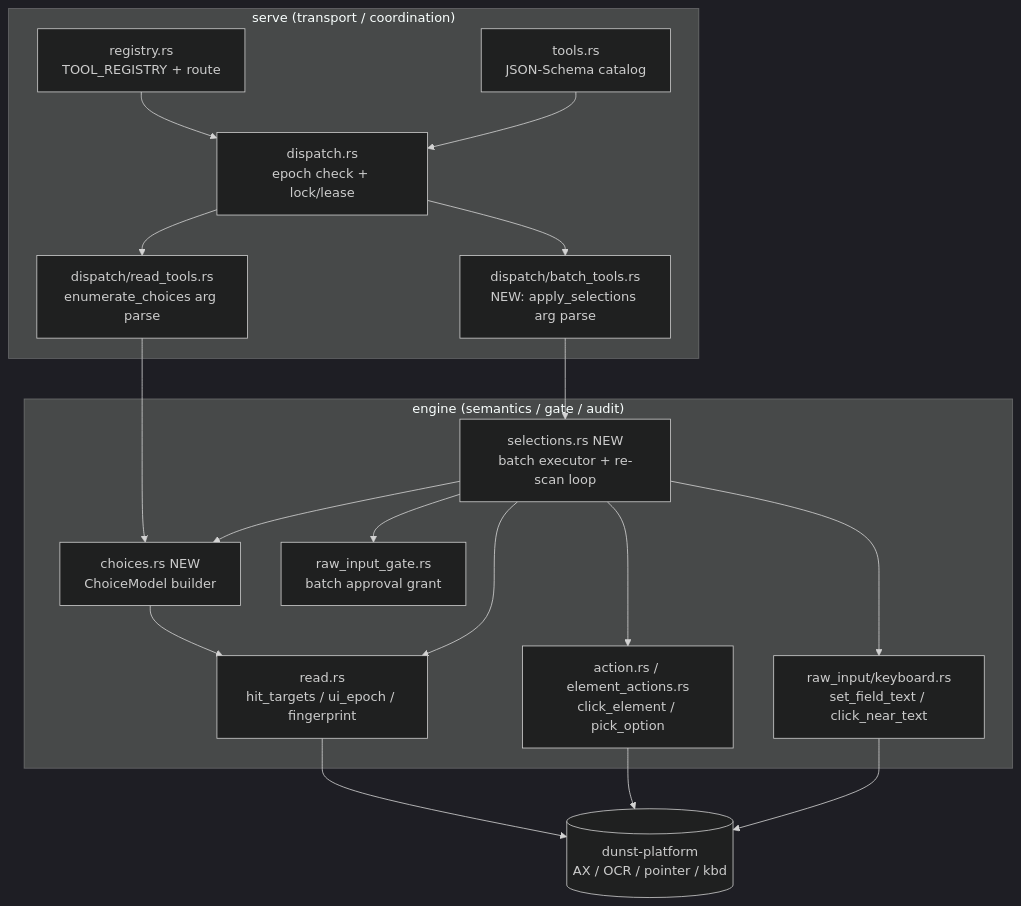
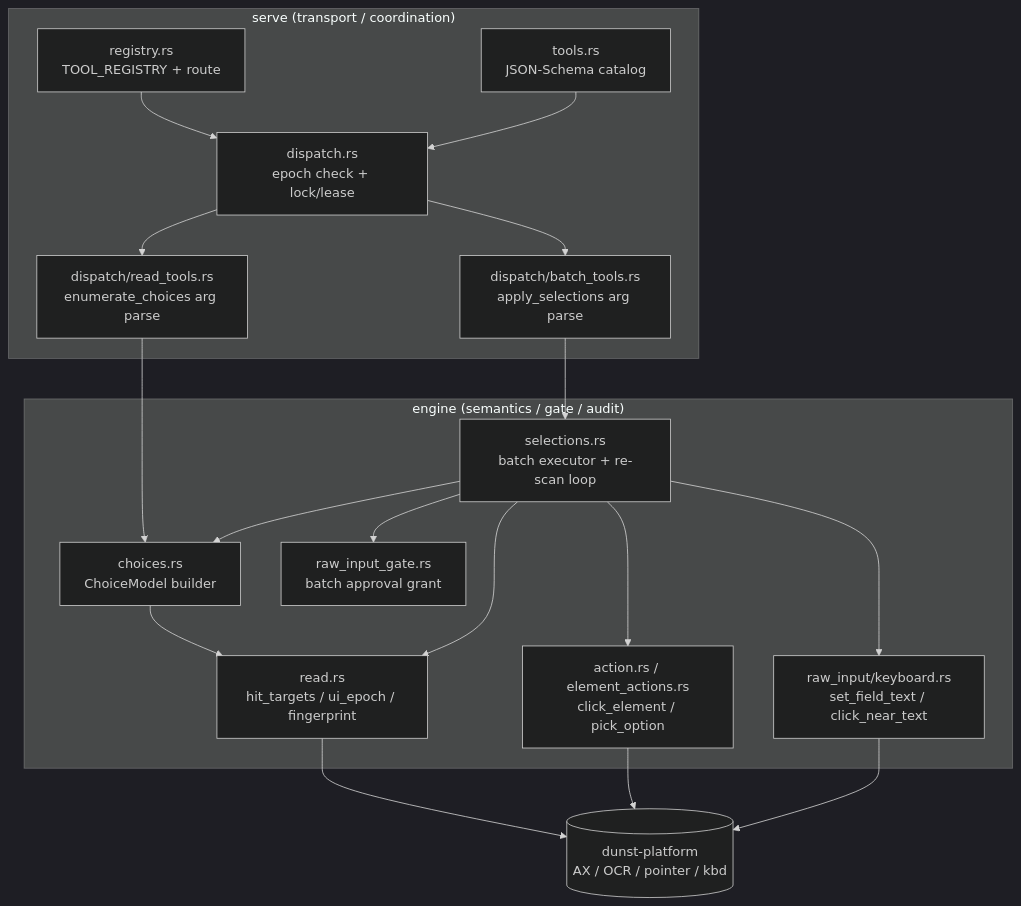
Before and after one commit to azerozero/dunst: the first of 8 diagrams in docs/design/LLD-batch-choice-enumeration-selection.md, drawn with Mermaid (dark theme). The commit also changed other lines of this file and 55 other files, not shown here.

````diff
--- a/docs/design/LLD-batch-choice-enumeration-selection.md
+++ b/docs/design/LLD-batch-choice-enumeration-selection.md
@@ -66,35 +68,35 @@
 ```mermaid
 graph TB
     subgraph serve["serve (transport / coordination)"]
         Reg[registry.rs<br/>TOOL_REGISTRY + route]
         Cat[tools.rs<br/>JSON-Schema catalog]
         Disp[dispatch.rs<br/>epoch check + lock/lease]
         RD[dispatch/read_tools.rs<br/>enumerate_choices arg parse]
-        BD[dispatch/batch_tools.rs<br/>NEW: apply_selections arg parse]
+        BD[dispatch/batch_tools.rs<br/>apply_selections arg parse]
     end
 
     subgraph engine["engine (semantics / gate / audit)"]
-        Enum[choices.rs NEW<br/>ChoiceModel builder]
-        Apply[selections.rs NEW<br/>batch executor + re-scan loop]
+        Enum[choices.rs<br/>ChoiceModel builder]
+        Apply[selections.rs<br/>batch executor + re-scan loop]
         Hit[read.rs<br/>hit_targets / ui_epoch / fingerprint]
         Gate[raw_input_gate.rs<br/>batch approval grant]
         Act[action.rs / element_actions.rs<br/>click_element / pick_option]
         Raw[raw_input/keyboard.rs<br/>set_field_text / click_near_text]
     end
 
     Plat[(dunst-platform<br/>AX / OCR / pointer / kbd)]
 
     Reg --> Disp
     Cat --> Disp
     Disp --> RD --> Enum
     Disp --> BD --> Apply
     Enum --> Hit
     Apply --> Enum
     Apply --> Hit
     Apply --> Gate
     Apply --> Act
     Apply --> Raw
     Hit --> Plat
     Act --> Plat
     Raw --> Plat
 ```
````
